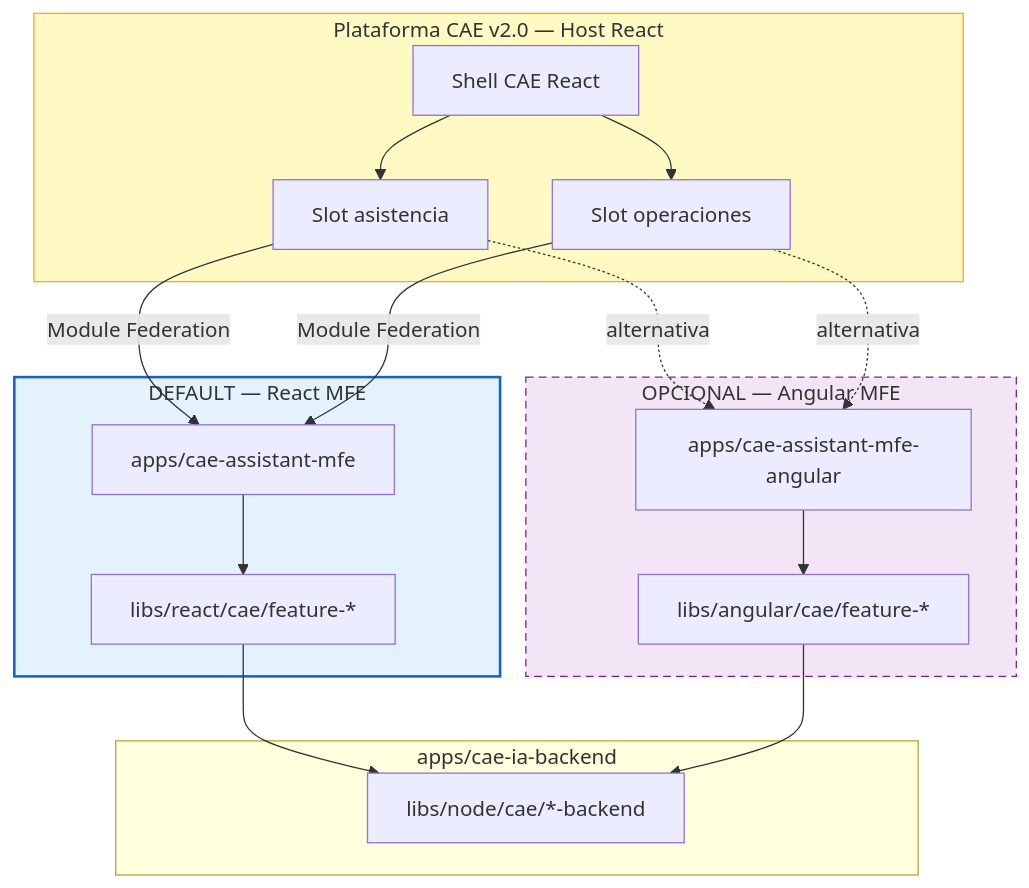
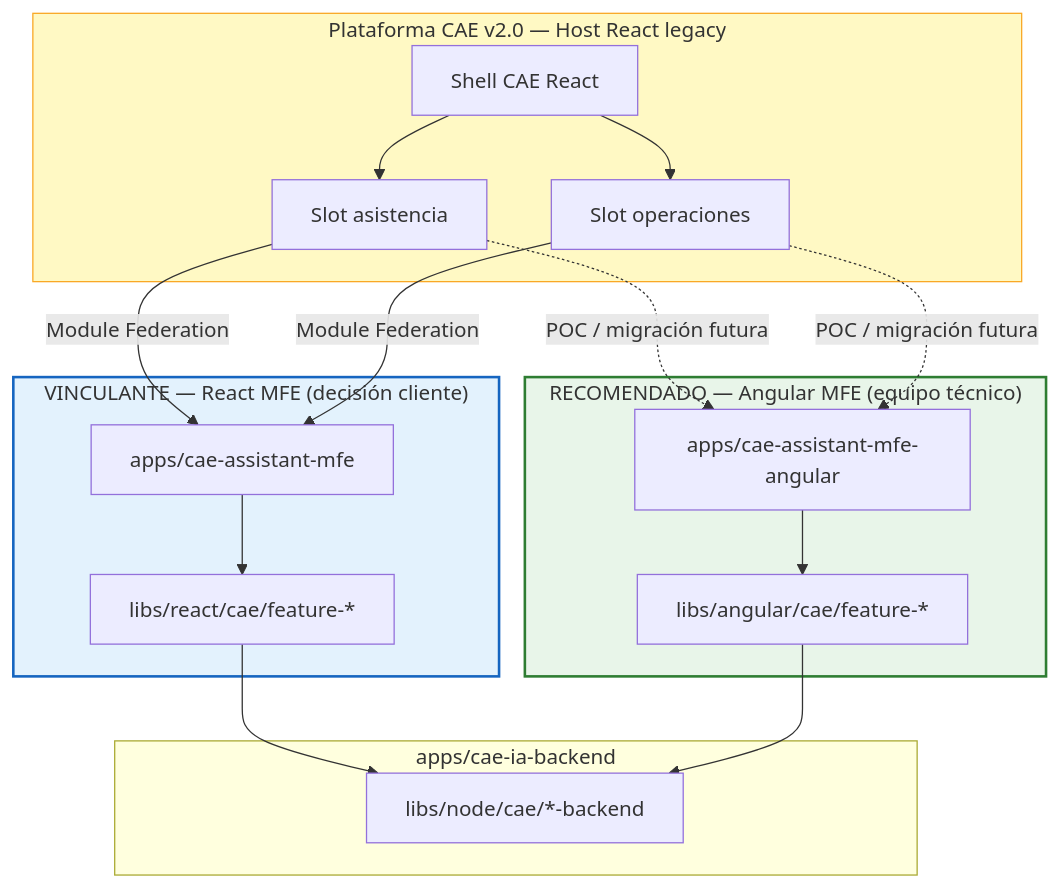
One commit to angelnietos/erp changed the diagram in caedocs/diagrams/06-mfe-react-angular.mmd. Above: the diagram before and after it, drawn with Mermaid. The commit also changed 7 other files, not shown here.

```diff
--- a/caedocs/diagrams/06-mfe-react-angular.mmd
+++ b/caedocs/diagrams/06-mfe-react-angular.mmd
@@ -1,31 +1,31 @@
 flowchart TB
-    subgraph CAE20["Plataforma CAE v2.0 — Host React"]
+    subgraph CAE20["Plataforma CAE v2.0 — Host React legacy"]
         SHELL["Shell CAE React"]
         SLOT1["Slot asistencia"]
         SLOT2["Slot operaciones"]
         SHELL --> SLOT1 & SLOT2
     end
 
-    subgraph REACT_MFE["DEFAULT — React MFE"]
+    subgraph REACT_MFE["VINCULANTE — React MFE (decisión cliente)"]
         R_APP["apps/cae-assistant-mfe"]
         R_LIB["libs/react/cae/feature-*"]
         R_APP --> R_LIB
     end
 
-    subgraph NG_MFE["OPCIONAL — Angular MFE"]
+    subgraph NG_MFE["RECOMENDADO — Angular MFE (equipo técnico)"]
         A_APP["apps/cae-assistant-mfe-angular"]
         A_LIB["libs/angular/cae/feature-*"]
         A_APP --> A_LIB
     end
 
     subgraph API["apps/cae-ia-backend"]
         BE["libs/node/cae/*-backend"]
     end
 
     SLOT1 & SLOT2 -->|Module Federation| R_APP
-    SLOT1 & SLOT2 -.->|alternativa| A_APP
+    SLOT1 & SLOT2 -.->|POC / migración futura| A_APP
     R_LIB & A_LIB --> BE
 
     style REACT_MFE fill:#e3f2fd,stroke:#1565c0,stroke-width:2px
-    style NG_MFE fill:#f3e5f5,stroke:#7b1fa2,stroke-dasharray:6 4
+    style NG_MFE fill:#e8f5e9,stroke:#2e7d32,stroke-width:2px
     style CAE20 fill:#fff9c4,stroke:#f9a825
```
